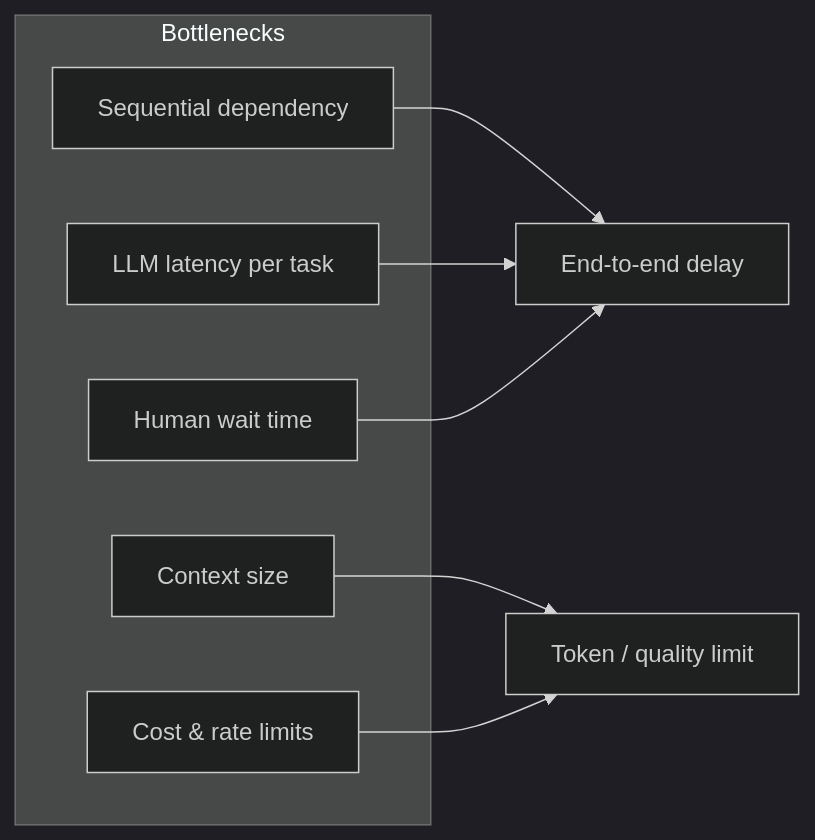
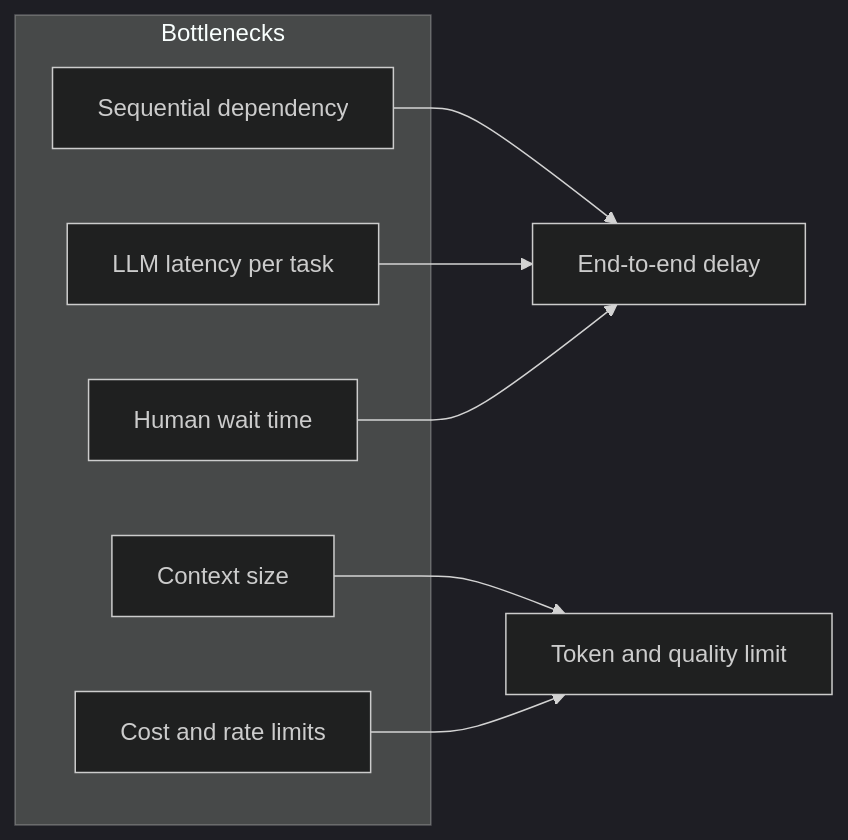
One commit to anirudhAgniRedhat/self-reference-doc changed the second of 3 diagrams in multi-agent-orchestration/VISION_AND_GOALS.md. Above: the diagram before and after it, drawn with Mermaid (dark theme). The commit also changed other lines of this file, not shown here.

````diff
--- a/multi-agent-orchestration/VISION_AND_GOALS.md
+++ b/multi-agent-orchestration/VISION_AND_GOALS.md
@@ -185,15 +185,15 @@
 ```mermaid
 flowchart LR
-    subgraph Bottlenecks
-        B1[Sequential dependency]
-        B2[LLM latency per task]
-        B3[Human wait time]
-        B4[Context size]
-        B5[Cost & rate limits]
+    subgraph B["Bottlenecks"]
+        B1["Sequential dependency"]
+        B2["LLM latency per task"]
+        B3["Human wait time"]
+        B4["Context size"]
+        B5["Cost and rate limits"]
     end
-    B1 --> Delay[End-to-end delay]
+    B1 --> Delay["End-to-end delay"]
     B2 --> Delay
     B3 --> Delay
-    B4 --> Limit[Token / quality limit]
+    B4 --> Limit["Token and quality limit"]
     B5 --> Limit
 ```
````
